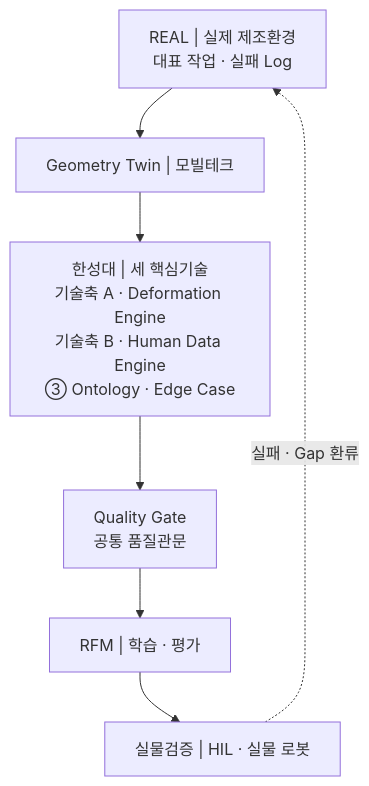
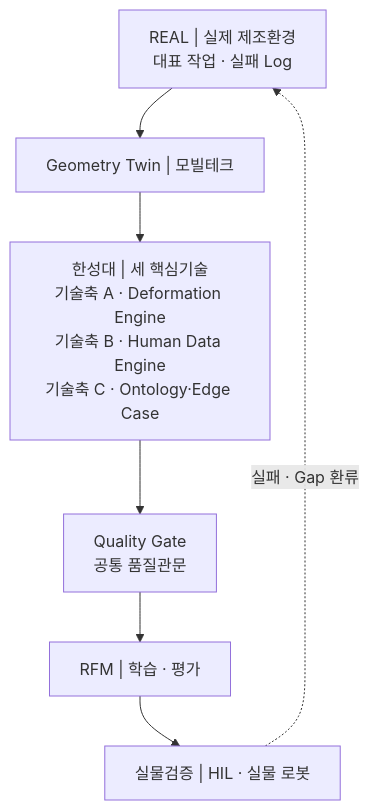
One commit to parclab-hsu/parclab-hsu.github.io changed the second of 2 diagrams in homepage-src/docs/projects/manufacturing-data-factory-rfm/index.md. Above: the diagram before and after it, drawn with Mermaid. The commit also changed other lines of this file and 4 other files, not shown here.

````diff
--- a/homepage-src/docs/projects/manufacturing-data-factory-rfm/index.md
+++ b/homepage-src/docs/projects/manufacturing-data-factory-rfm/index.md
@@ -223,12 +223,12 @@
 ```mermaid
 flowchart TB
     REAL["REAL | 실제 제조환경<br/>대표 작업 · 실패 Log"]
     GEO["Geometry Twin | 모빌테크"]
-    CORE["한성대 | 세 핵심기술<br/>기술축 A · Deformation Engine<br/>기술축 B · Human Data Engine<br/>③ Ontology · Edge Case"]
+    CORE["한성대 | 세 핵심기술<br/>기술축 A · Deformation Engine<br/>기술축 B · Human Data Engine<br/>기술축 C · Ontology·Edge Case"]
     GATE["Quality Gate<br/>공통 품질관문"]
     RFM["RFM | 학습 · 평가"]
     TEST["실물검증 | HIL · 실물 로봇"]
 
     REAL --> GEO --> CORE --> GATE --> RFM --> TEST
     TEST -. "실패 · Gap 환류" .-> REAL
 ```
````
